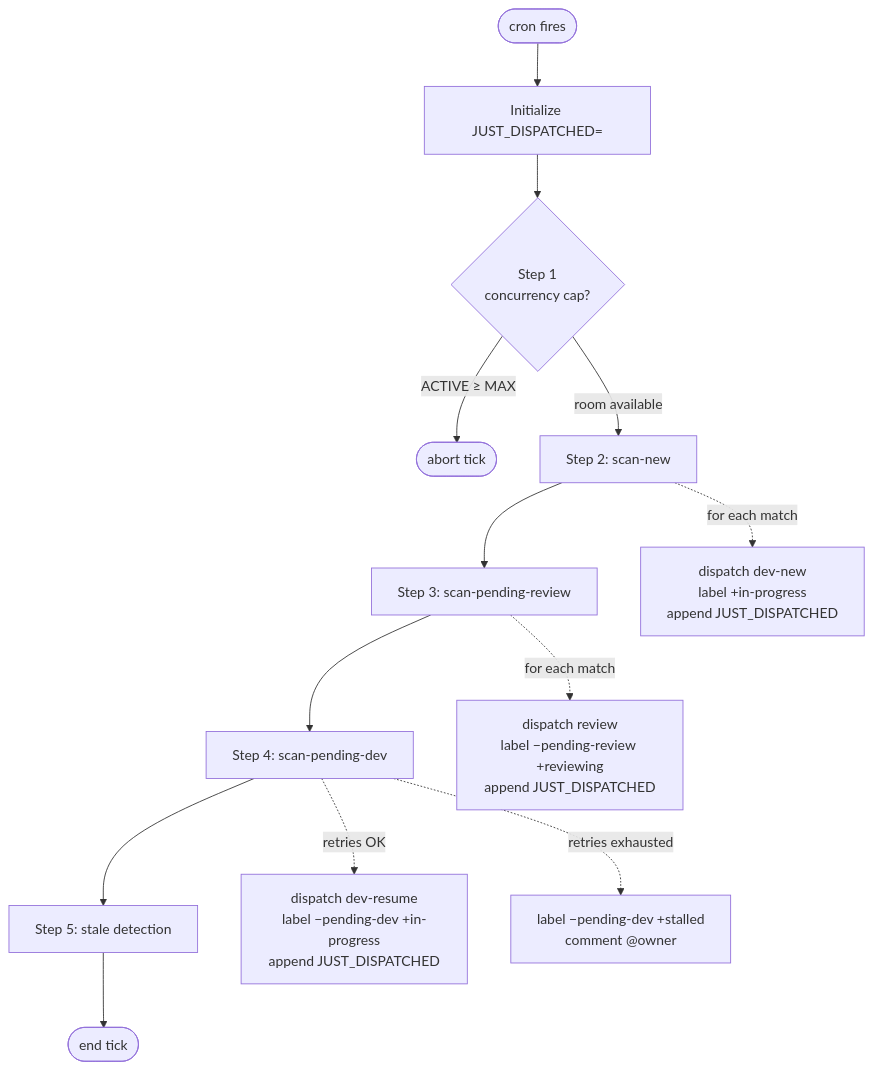
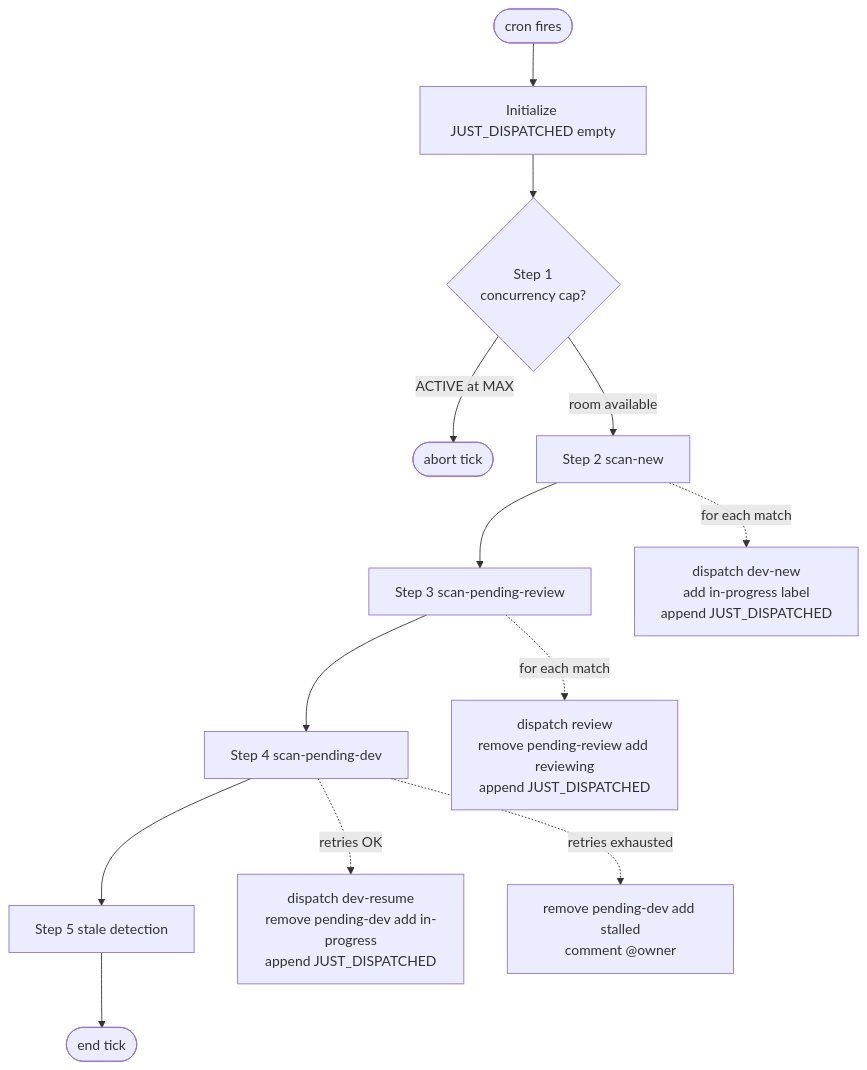
The diagram in docs/pipeline/dispatcher-flow.md (zxkane/autonomous-dev-team), drawn with Mermaid before and after one commit. The commit also changed 3 other files, not shown here.

First line of the commit message:
fix(pipeline-docs): make mermaid blocks render on github.com

````diff
--- a/docs/pipeline/dispatcher-flow.md
+++ b/docs/pipeline/dispatcher-flow.md
@@ -9,16 +9,16 @@
 ```mermaid
 flowchart TD
-    start([cron fires]) --> init[Initialize JUST_DISPATCHED=]
-    init --> step1{Step 1\nconcurrency cap?}
-    step1 -- ACTIVE ≥ MAX --> exit_cap([abort tick])
-    step1 -- room available --> step2[Step 2: scan-new]
-    step2 --> step3[Step 3: scan-pending-review]
-    step3 --> step4[Step 4: scan-pending-dev]
-    step4 --> step5[Step 5: stale detection]
+    start([cron fires]) --> init[Initialize JUST_DISPATCHED empty]
+    init --> step1{Step 1<br/>concurrency cap?}
+    step1 -- ACTIVE at MAX --> exit_cap([abort tick])
+    step1 -- room available --> step2[Step 2 scan-new]
+    step2 --> step3[Step 3 scan-pending-review]
+    step3 --> step4[Step 4 scan-pending-dev]
+    step4 --> step5[Step 5 stale detection]
     step5 --> done([end tick])
 
-    step2 -. for each match .-> dispatch_dev[dispatch dev-new\nlabel +in-progress\nappend JUST_DISPATCHED]
-    step3 -. for each match .-> dispatch_review[dispatch review\nlabel −pending-review +reviewing\nappend JUST_DISPATCHED]
-    step4 -. retries OK .-> dispatch_resume[dispatch dev-resume\nlabel −pending-dev +in-progress\nappend JUST_DISPATCHED]
-    step4 -. retries exhausted .-> stall[label −pending-dev +stalled\ncomment @owner]
+    step2 -. for each match .-> dispatch_dev[dispatch dev-new<br/>add in-progress label<br/>append JUST_DISPATCHED]
+    step3 -. for each match .-> dispatch_review[dispatch review<br/>remove pending-review add reviewing<br/>append JUST_DISPATCHED]
+    step4 -. retries OK .-> dispatch_resume[dispatch dev-resume<br/>remove pending-dev add in-progress<br/>append JUST_DISPATCHED]
+    step4 -. retries exhausted .-> stall[remove pending-dev add stalled<br/>comment @owner]
 ```
````
